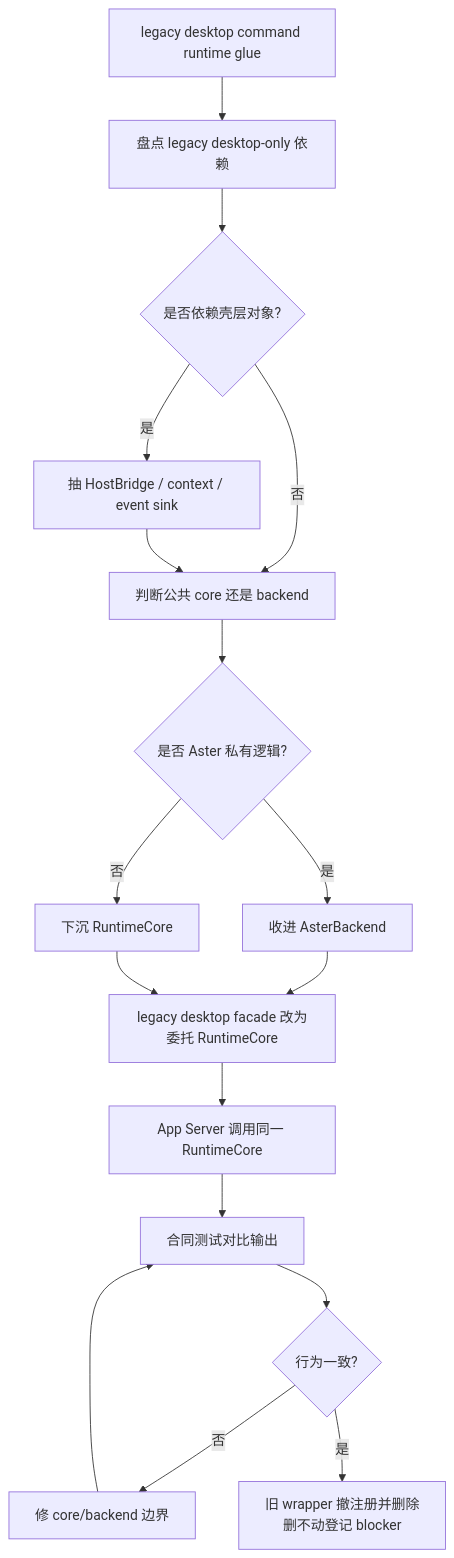
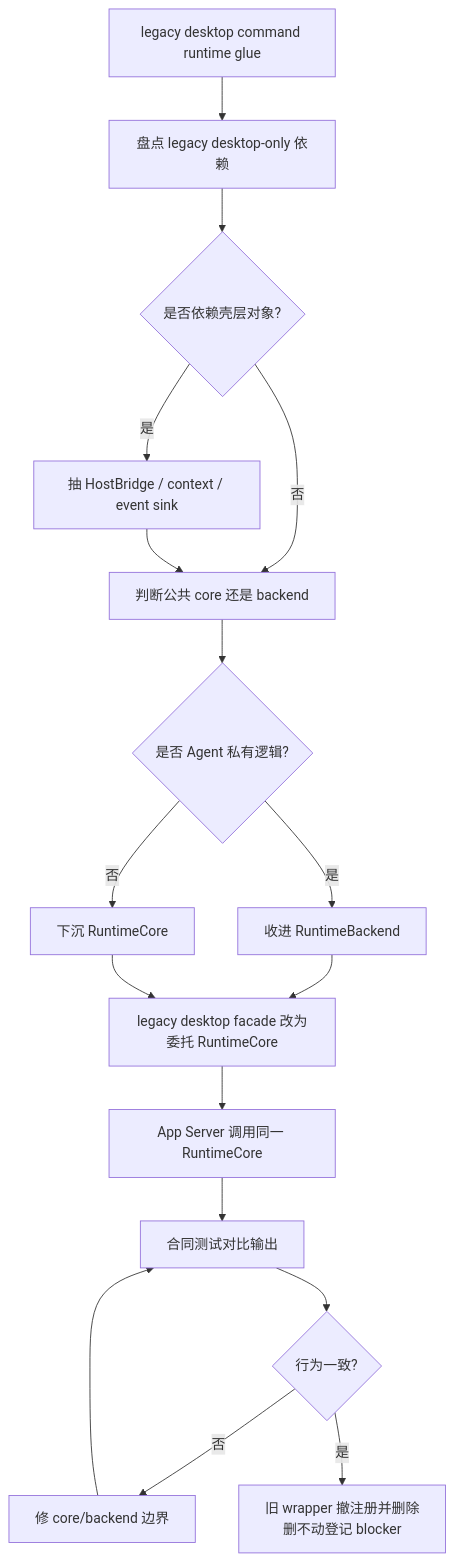
The third of 9 diagrams in internal/roadmap/appserver/flowcharts.md (jiujuan/lime), drawn with Mermaid before and after one commit. The commit also changed other lines of this file and 975 other files, not shown here.

````diff
--- a/internal/roadmap/appserver/flowcharts.md
+++ b/internal/roadmap/appserver/flowcharts.md
@@ -45,19 +45,19 @@
 ```mermaid
 flowchart TD
     A["legacy desktop command runtime glue"] --> B["盘点 legacy desktop-only 依赖"]
     B --> C{"是否依赖壳层对象?"}
     C -- 是 --> D["抽 HostBridge / context / event sink"]
     C -- 否 --> E["判断公共 core 还是 backend"]
     D --> E
-    E --> F{"是否 Aster 私有逻辑?"}
-    F -- 是 --> G["收进 AsterBackend"]
+    E --> F{"是否 Agent 私有逻辑?"}
+    F -- 是 --> G["收进 RuntimeBackend"]
     F -- 否 --> H["下沉 RuntimeCore"]
     G --> I["legacy desktop facade 改为委托 RuntimeCore"]
     H --> I
     I --> J["App Server 调用同一 RuntimeCore"]
     J --> K["合同测试对比输出"]
     K --> L{"行为一致?"}
     L -- 否 --> M["修 core/backend 边界"]
     M --> K
     L -- 是 --> N["旧 wrapper 撤注册并删除<br/>删不动登记 blocker"]
 ```
````
